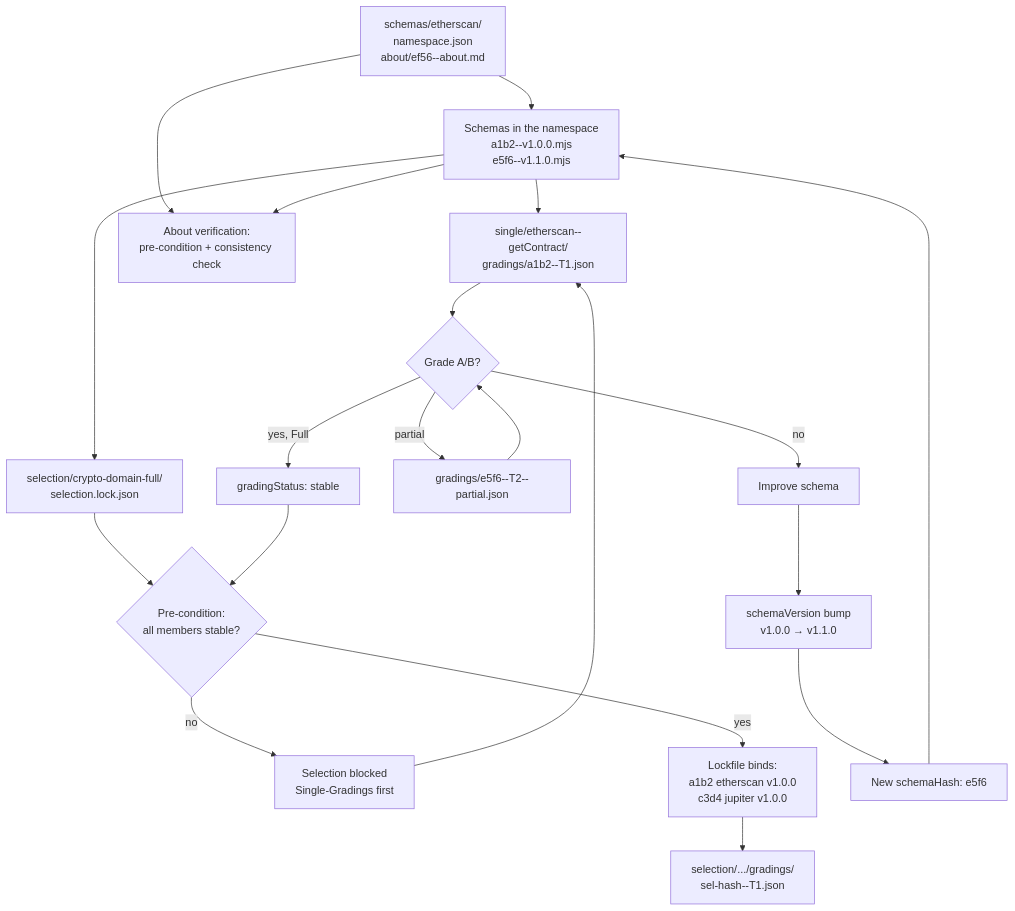
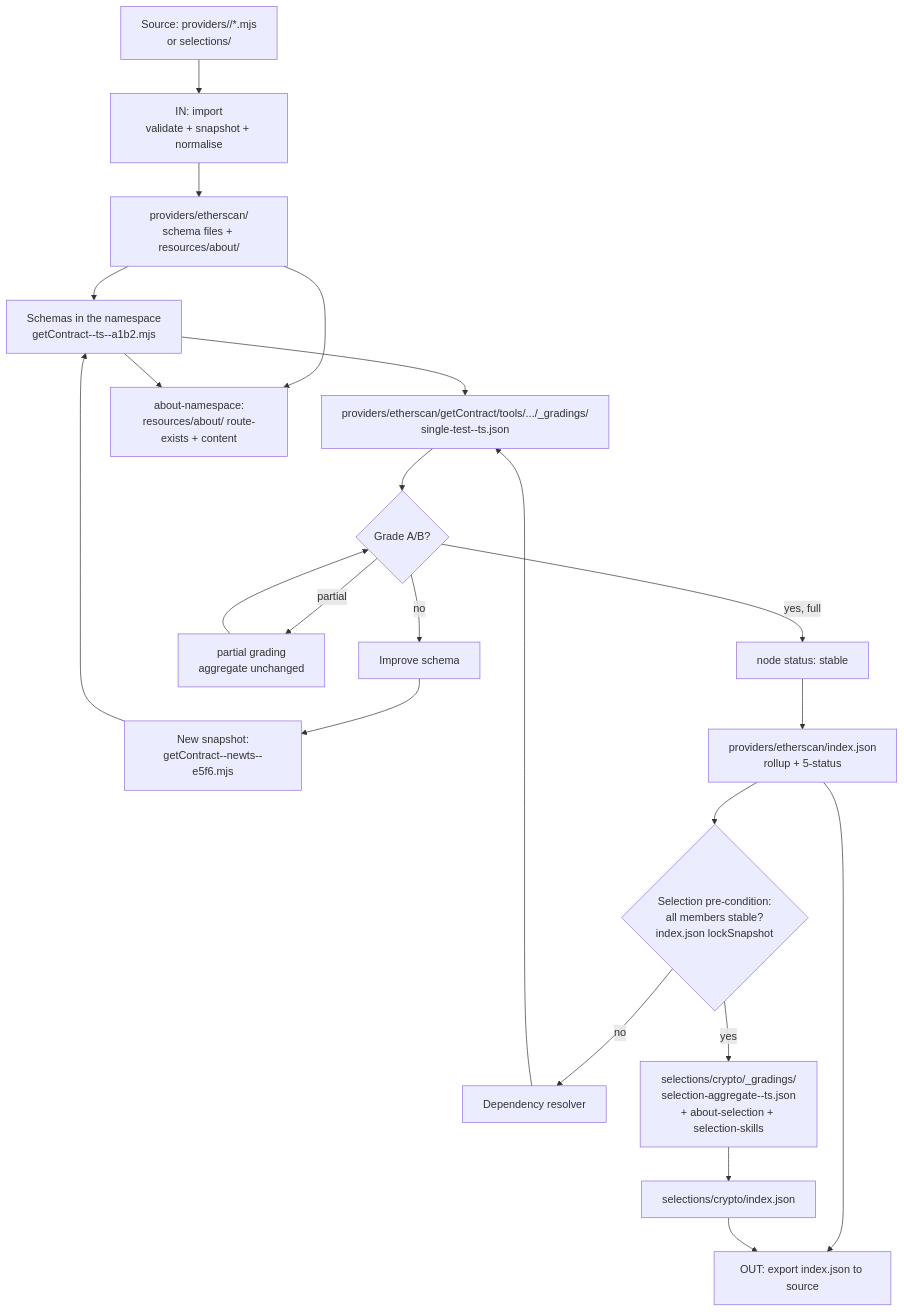
One commit to FlowMCP/flowmcp-spec changed the diagram in grading/1.2.0/18-flywheel-loop.md. Above: the diagram before and after it, drawn with Mermaid. The commit also changed other lines of this file and 31 other files, not shown here.

````diff
--- a/grading/1.2.0/18-flywheel-loop.md
+++ b/grading/1.2.0/18-flywheel-loop.md
@@ -27,23 +28,24 @@
 ```mermaid
 flowchart TD
-    NS[schemas/etherscan/<br/>namespace.json<br/>about/ef56--about.md]
-    NS --> SCHEMA[Schemas in the namespace<br/>a1b2--v1.0.0.mjs<br/>e5f6--v1.1.0.mjs]
-    SCHEMA --> SINGLE[single/etherscan--getContract/<br/>gradings/a1b2--T1.json]
-    SCHEMA --> SELECTION[selection/crypto-domain-full/<br/>selection.lock.json]
-    SELECTION --> PRECOND{Pre-condition:<br/>all members stable?}
-    PRECOND -->|no| BLOCK[Selection blocked<br/>Single-Gradings first]
-    BLOCK --> SINGLE
-    PRECOND -->|yes| SLOCK[Lockfile binds:<br/>a1b2 etherscan v1.0.0<br/>c3d4 jupiter v1.0.0]
-    SLOCK --> SGRADE[selection/.../gradings/<br/>sel-hash--T1.json]
+    SRC[Source: providers/<ns>/*.mjs<br/>or selections/<sel>] --> IMPORT[IN: import<br/>validate + snapshot + normalise]
+    IMPORT --> NS[providers/etherscan/<br/>schema files + resources/about/]
+    NS --> SCHEMA[Schemas in the namespace<br/>getContract--ts--a1b2.mjs]
+    SCHEMA --> SINGLE[providers/etherscan/getContract/tools/.../_gradings/<br/>single-test--ts.json]
     SINGLE --> CHECK{Grade A/B?}
     CHECK -->|no| FIX[Improve schema]
-    FIX --> V[schemaVersion bump<br/>v1.0.0 → v1.1.0]
-    V --> NEWHASH[New schemaHash: e5f6]
-    NEWHASH --> SCHEMA
-    CHECK -->|partial| PART[gradings/e5f6--T2--partial.json]
+    FIX --> NEWSNAP[New snapshot:<br/>getContract--newts--e5f6.mjs]
+    NEWSNAP --> SCHEMA
+    CHECK -->|partial| PART[partial grading<br/>aggregate unchanged]
     PART --> CHECK
-    CHECK -->|yes, Full| STABLE[gradingStatus: stable]
-    STABLE --> PRECOND
-    NS --> ABOUT[About verification:<br/>pre-condition + consistency check]
+    CHECK -->|yes, full| STABLE[node status: stable]
+    STABLE --> IDXN[providers/etherscan/index.json<br/>rollup + 5-status]
+    IDXN --> GATE{Selection pre-condition:<br/>all members stable?<br/>index.json lockSnapshot}
+    GATE -->|no| RESOLVE[Dependency resolver]
+    RESOLVE --> SINGLE
+    GATE -->|yes| SGRADE[selections/crypto/_gradings/<br/>selection-aggregate--ts.json<br/>+ about-selection + selection-skills]
+    SGRADE --> IDXS[selections/crypto/index.json]
+    NS --> ABOUT[about-namespace:<br/>resources/about/ route-exists + content]
     SCHEMA --> ABOUT
+    IDXN --> OUT[OUT: export index.json to source]
+    IDXS --> OUT
 ```
````
